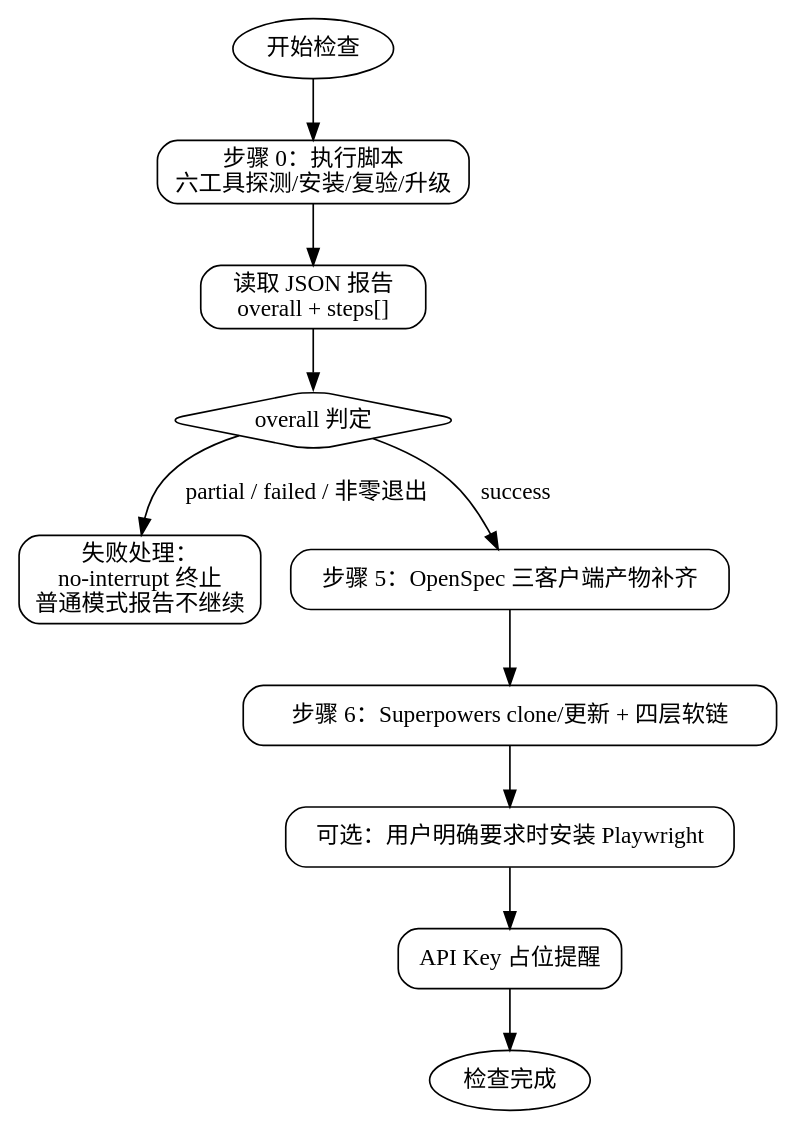
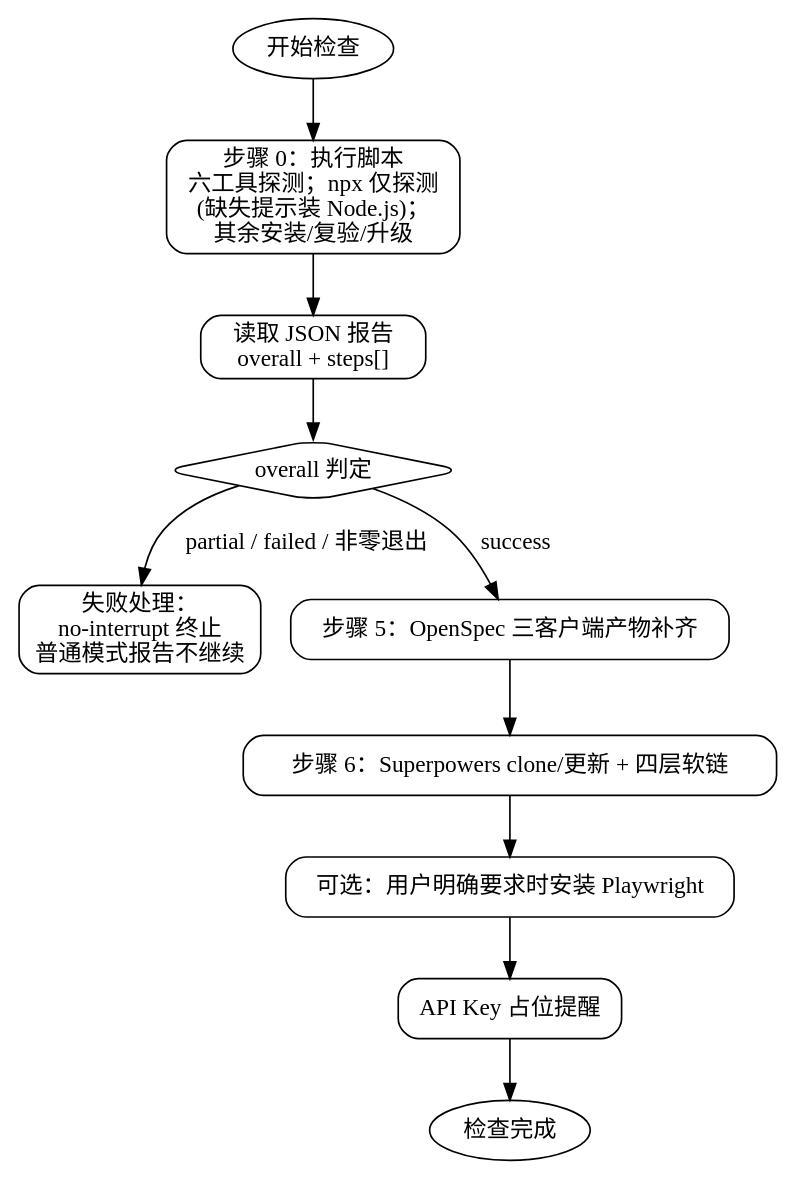
One commit to michaelChe956/Cadence-skills changed the second of 2 diagrams in cadence-init/skills/pre-check/SKILL.md. Above: the diagram before and after it, drawn with Graphviz. The commit also changed other lines of this file, not shown here.

Commit message:
fix(cadence-init): 报告路径改固定文件常量跨独立 shell 传递、dot 图 npx 仅探测

````diff
--- a/cadence-init/skills/pre-check/SKILL.md
+++ b/cadence-init/skills/pre-check/SKILL.md
@@ -131,27 +131,27 @@
 ```dot
 digraph check_flow {
     rankdir=TB;
     node [shape=box, style="rounded"];
 
     start [label="开始检查", shape=ellipse];
-    run_script [label="步骤 0：执行脚本\n六工具探测/安装/复验/升级"];
+    run_script [label="步骤 0：执行脚本\n六工具探测；npx 仅探测\n(缺失提示装 Node.js)；\n其余安装/复验/升级"];
     read_report [label="读取 JSON 报告\noverall + steps[]"];
     judge [label="overall 判定", shape=diamond];
     fail_stop [label="失败处理：\nno-interrupt 终止\n普通模式报告不继续"];
     openspec_clients [label="步骤 5：OpenSpec 三客户端产物补齐"];
     superpowers_sync [label="步骤 6：Superpowers clone/更新 + 四层软链"];
     playwright [label="可选：用户明确要求时安装 Playwright", shape=box];
     apikey [label="API Key 占位提醒"];
     end [label="检查完成", shape=ellipse];
 
     start -> run_script;
     run_script -> read_report;
     read_report -> judge;
     judge -> fail_stop [label="partial / failed / 非零退出"];
     judge -> openspec_clients [label="success"];
     openspec_clients -> superpowers_sync;
     superpowers_sync -> playwright;
     playwright -> apikey;
     apikey -> end;
 }
 ```
````
